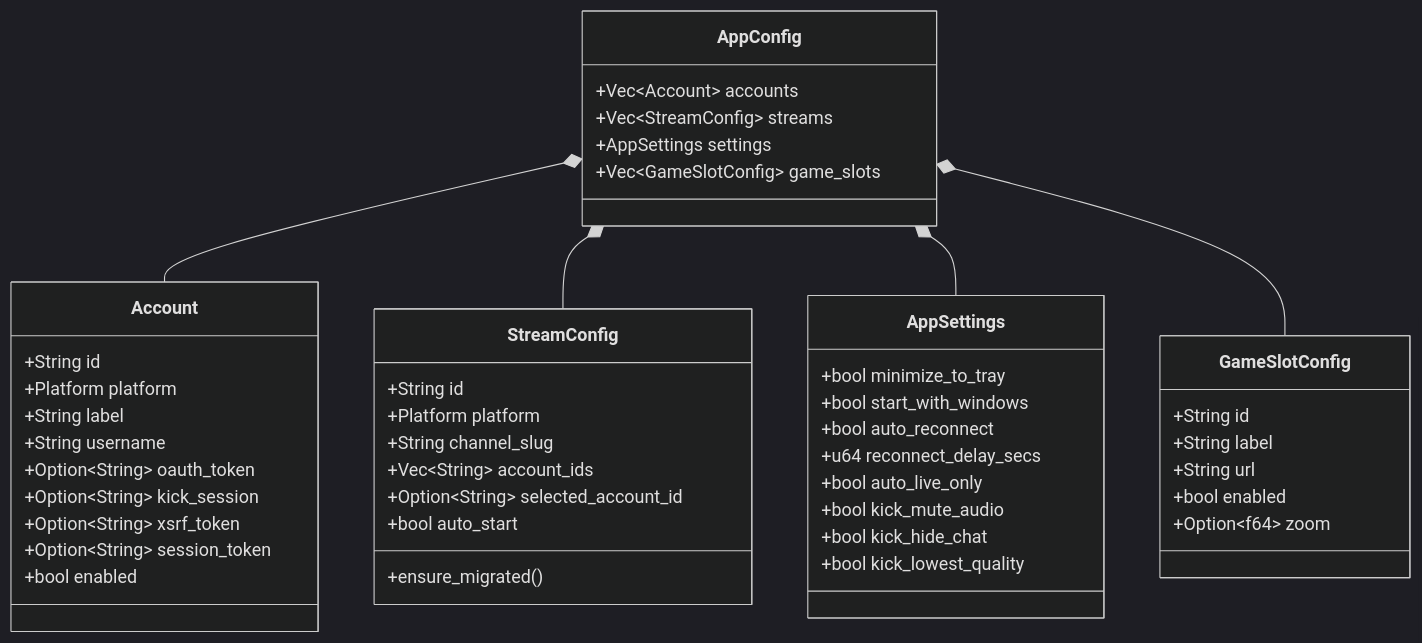
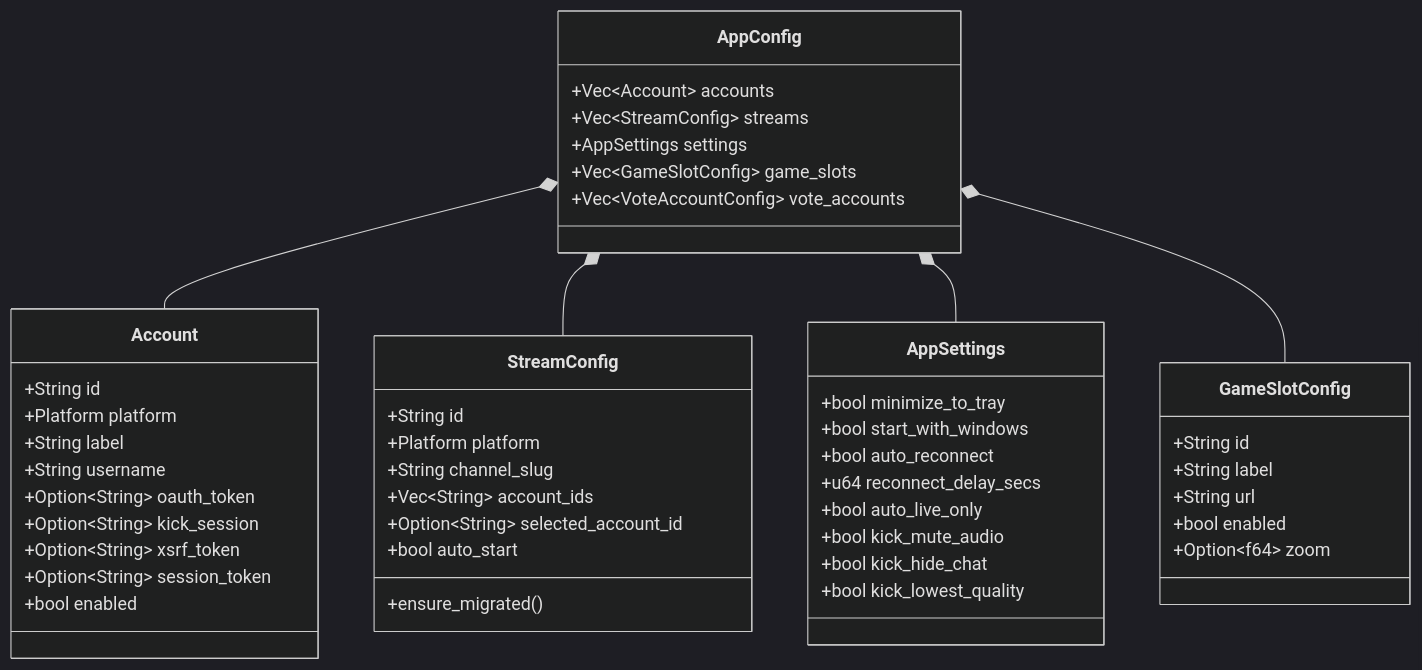
The first of 2 diagrams in Docs/05-backend-core.md (GabrielGamaBaptista/IdleStream), drawn with Mermaid (dark theme) before and after one commit. The commit also changed other lines of this file and 51 other files, not shown here.

````diff
--- a/Docs/05-backend-core.md
+++ b/Docs/05-backend-core.md
@@ -39,51 +41,52 @@
 ```mermaid
 classDiagram
     class AppConfig {
         +Vec~Account~ accounts
         +Vec~StreamConfig~ streams
         +AppSettings settings
         +Vec~GameSlotConfig~ game_slots
+        +Vec~VoteAccountConfig~ vote_accounts
     }
     class Account {
         +String id
         +Platform platform
         +String label
         +String username
         +Option~String~ oauth_token
         +Option~String~ kick_session
         +Option~String~ xsrf_token
         +Option~String~ session_token
         +bool enabled
     }
     class StreamConfig {
         +String id
         +Platform platform
         +String channel_slug
         +Vec~String~ account_ids
         +Option~String~ selected_account_id
         +bool auto_start
         +ensure_migrated()
     }
     class AppSettings {
         +bool minimize_to_tray
         +bool start_with_windows
         +bool auto_reconnect
         +u64 reconnect_delay_secs
         +bool auto_live_only
         +bool kick_mute_audio
         +bool kick_hide_chat
         +bool kick_lowest_quality
     }
     class GameSlotConfig {
         +String id
         +String label
         +String url
         +bool enabled
         +Option~f64~ zoom
     }
 
     AppConfig *-- Account
     AppConfig *-- StreamConfig
     AppConfig *-- AppSettings
     AppConfig *-- GameSlotConfig
 ```
````
